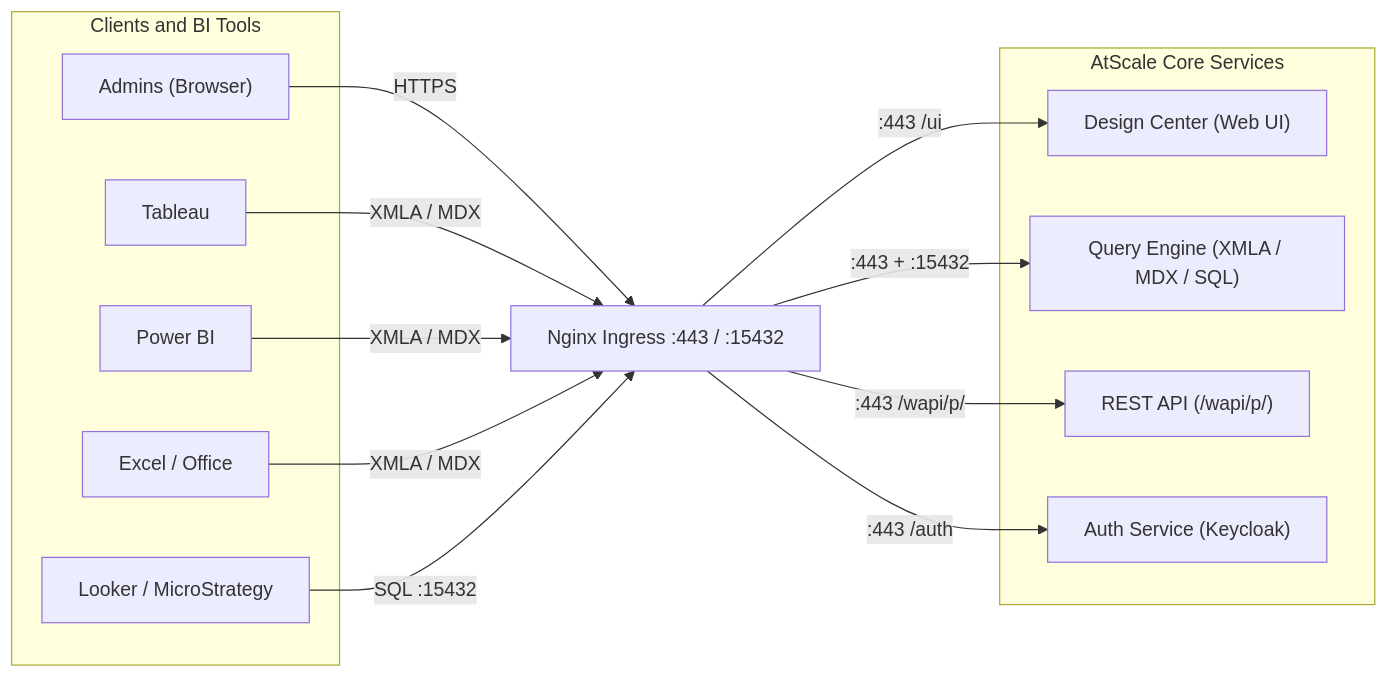
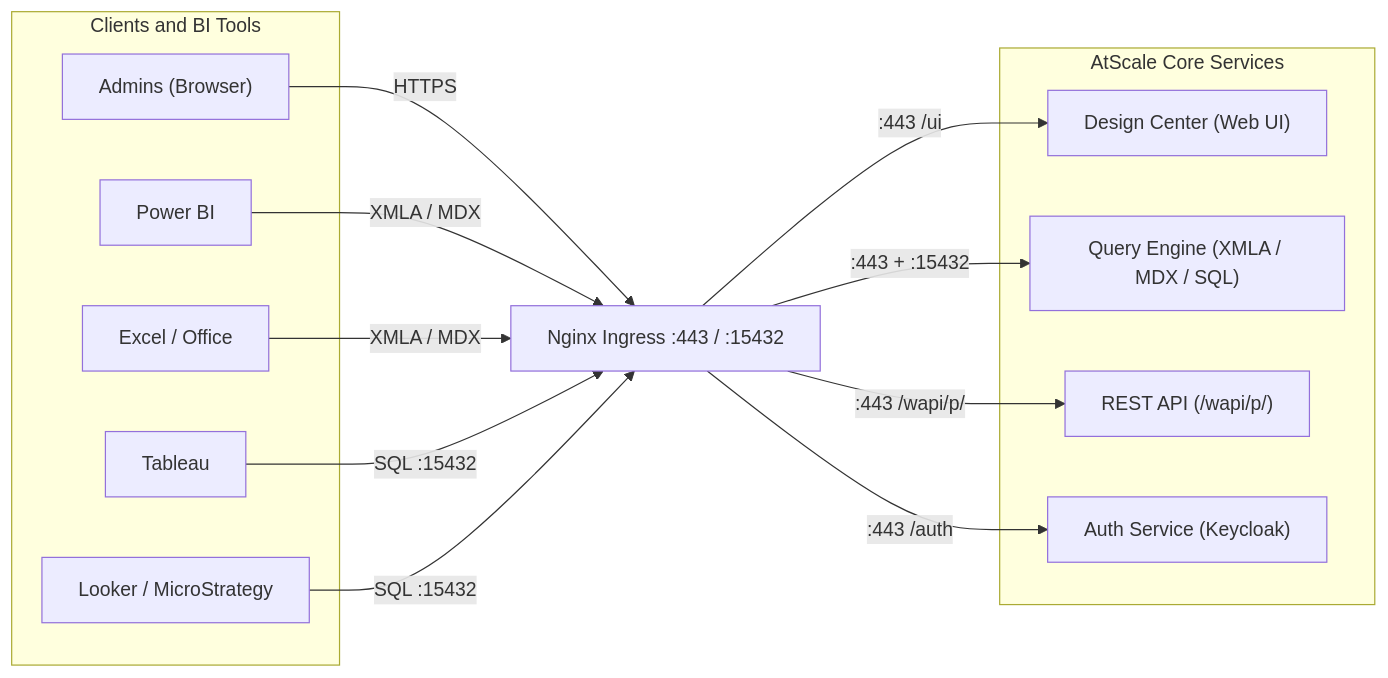
One commit to AtScaleInc/ps-utils changed the first of 19 diagrams in docs/ARCHITECTURE.md. Above: the diagram before and after it, drawn with Mermaid. The commit also changed other lines of this file and 4 other files, not shown here.

````diff
--- a/docs/ARCHITECTURE.md
+++ b/docs/ARCHITECTURE.md
@@ -38,28 +38,28 @@
 ```mermaid
 flowchart LR
     subgraph CLIENTS["Clients and BI Tools"]
         USR["Admins (Browser)"]
         TAB["Tableau"]
         PBI["Power BI"]
         XL["Excel / Office"]
         MISC["Looker / MicroStrategy"]
     end
 
     NG["Nginx Ingress :443 / :15432"]
 
     subgraph CORE["AtScale Core Services"]
         DC["Design Center (Web UI)"]
         ENG["Query Engine (XMLA / MDX / SQL)"]
         API["REST API (/wapi/p/)"]
         AUTH["Auth Service (Keycloak)"]
     end
 
     USR -->|"HTTPS"| NG
-    TAB & PBI & XL -->|"XMLA / MDX"| NG
-    MISC -->|"SQL :15432"| NG
+    PBI & XL -->|"XMLA / MDX"| NG
+    TAB & MISC -->|"SQL :15432"| NG
 
     NG -->|":443 /ui"| DC
     NG -->|":443 + :15432"| ENG
     NG -->|":443 /wapi/p/"| API
     NG -->|":443 /auth"| AUTH
 ```
````
